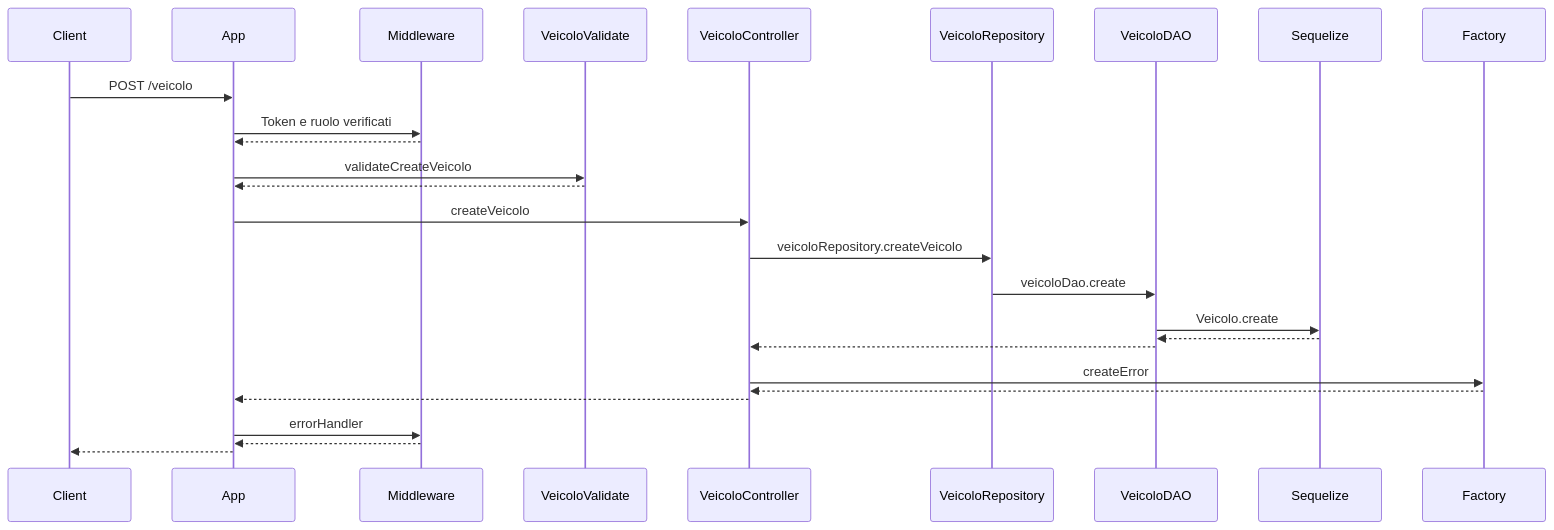
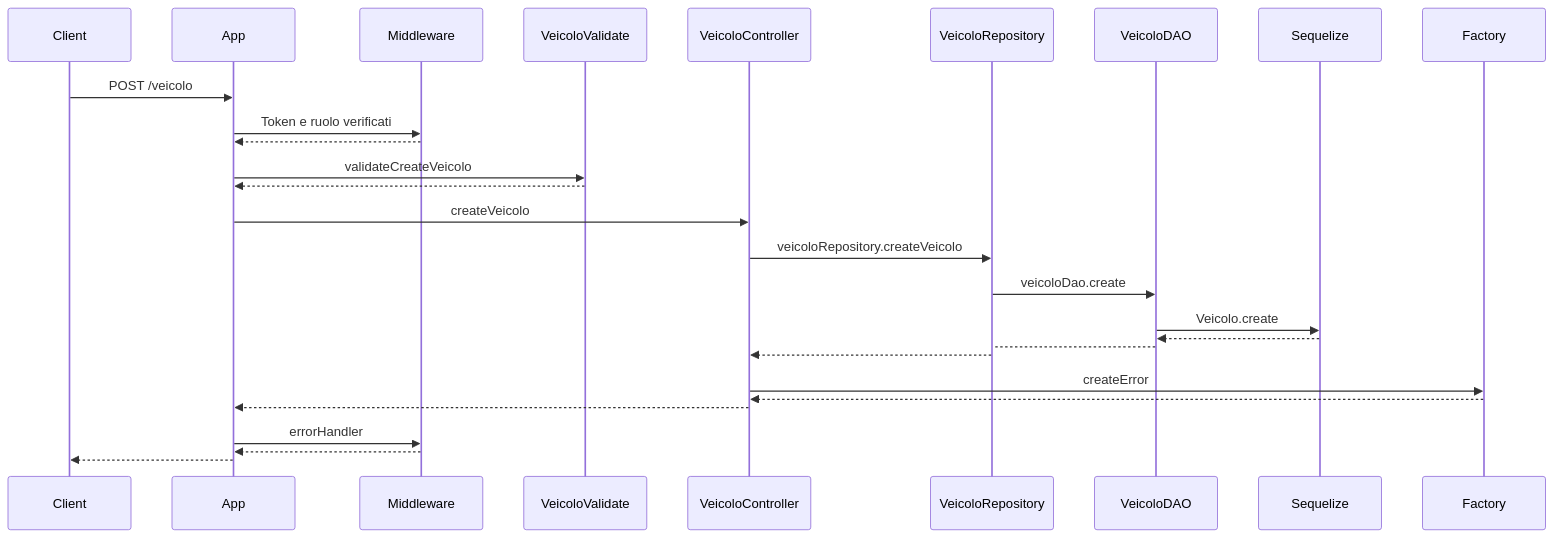
Before and after one commit to MattSona99/ProgettoPA: the fifth of 14 diagrams in README.md, drawn with Mermaid. The commit also changed other lines of this file and 1 other file, not shown here.

````diff
--- a/README.md
+++ b/README.md
@@ -318,30 +317,31 @@
 ```mermaid
 sequenceDiagram
   participant C as Client
   participant A as App
   participant M as Middleware
   participant V as VeicoloValidate
   participant CN as VeicoloController
   participant R as VeicoloRepository
   participant D as VeicoloDAO
   participant S as Sequelize
   participant F as Factory
 
   C ->> A: POST /veicolo
   A ->> M: Token e ruolo verificati
   M -->> A: 
   A ->> V: validateCreateVeicolo
   V -->> A: 
   A ->> CN: createVeicolo
   CN ->> R: veicoloRepository.createVeicolo
   R ->> D: veicoloDao.create
   D ->> S: Veicolo.create
   S -->> D: 
-  D -->> CN: 
+  D --> R:
+  R -->> CN: 
   CN ->> F: createError
   F -->> CN: 
   CN -->> A: 
   A ->> M: errorHandler
   M -->> A: 
   A -->> C:  
 ```
````
